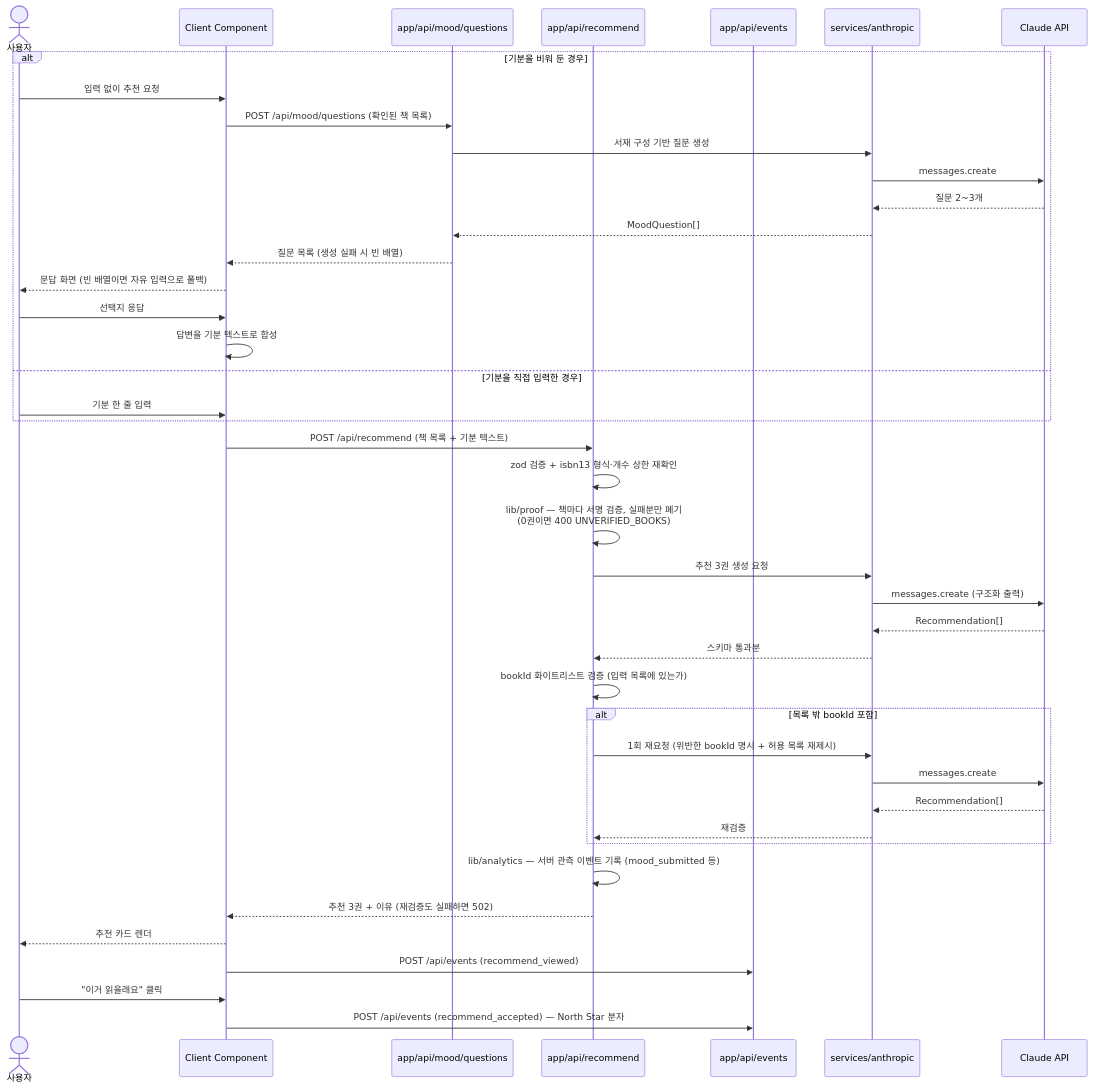
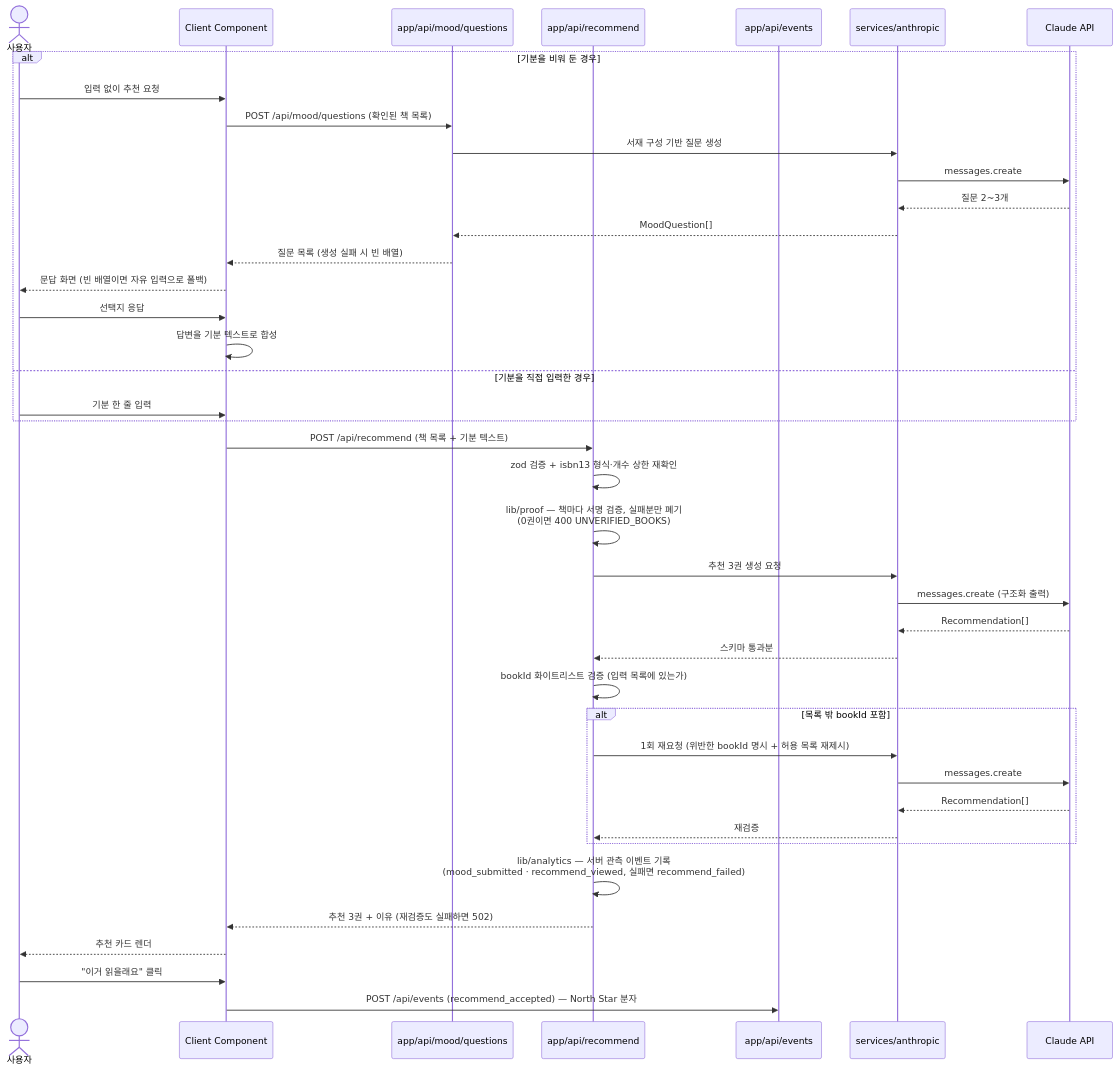
The fourth of 6 diagrams in docs/ARCHITECTURE.md (hyuham1335-stack/shelfie-app), drawn with Mermaid before and after one commit. The commit also changed other lines of this file and 3 other files, not shown here.

First line of the commit message:
docs: 런 #6 계약 게이트 — 회복 전이·세션 진행 상태·recommend_failed

````diff
--- a/docs/ARCHITECTURE.md
+++ b/docs/ARCHITECTURE.md
@@ -192,48 +192,47 @@
 ```mermaid
 sequenceDiagram
     actor U as 사용자
     participant C as Client Component
     participant RQ as app/api/mood/questions
     participant RR as app/api/recommend
     participant RE as app/api/events
     participant SA as services/anthropic
     participant EA as Claude API
 
     alt 기분을 비워 둔 경우
         U->>C: 입력 없이 추천 요청
         C->>RQ: POST /api/mood/questions (확인된 책 목록)
         RQ->>SA: 서재 구성 기반 질문 생성
         SA->>EA: messages.create
         EA-->>SA: 질문 2~3개
         SA-->>RQ: MoodQuestion[]
         RQ-->>C: 질문 목록 (생성 실패 시 빈 배열)
         C-->>U: 문답 화면 (빈 배열이면 자유 입력으로 폴백)
         U->>C: 선택지 응답
         C->>C: 답변을 기분 텍스트로 합성
     else 기분을 직접 입력한 경우
         U->>C: 기분 한 줄 입력
     end
 
     C->>RR: POST /api/recommend (책 목록 + 기분 텍스트)
     RR->>RR: zod 검증 + isbn13 형식·개수 상한 재확인
     RR->>RR: lib/proof — 책마다 서명 검증, 실패분만 폐기<br/>(0권이면 400 UNVERIFIED_BOOKS)
     RR->>SA: 추천 3권 생성 요청
     SA->>EA: messages.create (구조화 출력)
     EA-->>SA: Recommendation[]
     SA-->>RR: 스키마 통과분
 
     RR->>RR: bookId 화이트리스트 검증 (입력 목록에 있는가)
     alt 목록 밖 bookId 포함
         RR->>SA: 1회 재요청 (위반한 bookId 명시 + 허용 목록 재제시)
         SA->>EA: messages.create
         EA-->>SA: Recommendation[]
         SA-->>RR: 재검증
     end
 
-    RR->>RR: lib/analytics — 서버 관측 이벤트 기록 (mood_submitted 등)
+    RR->>RR: lib/analytics — 서버 관측 이벤트 기록<br/>(mood_submitted · recommend_viewed, 실패면 recommend_failed)
     RR-->>C: 추천 3권 + 이유 (재검증도 실패하면 502)
     C-->>U: 추천 카드 렌더
-    C->>RE: POST /api/events (recommend_viewed)
     U->>C: "이거 읽을래요" 클릭
     C->>RE: POST /api/events (recommend_accepted) — North Star 분자
 ```
````
